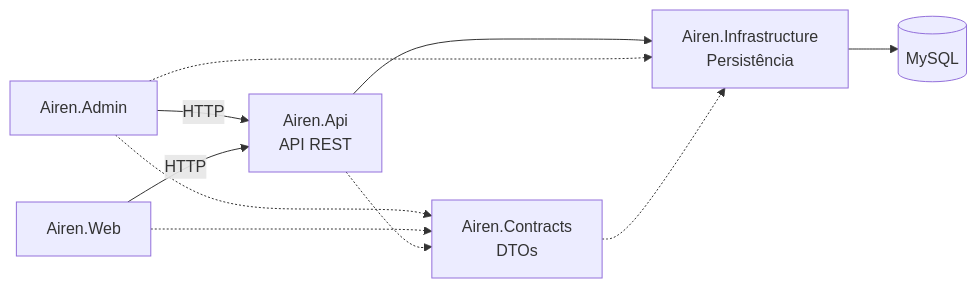
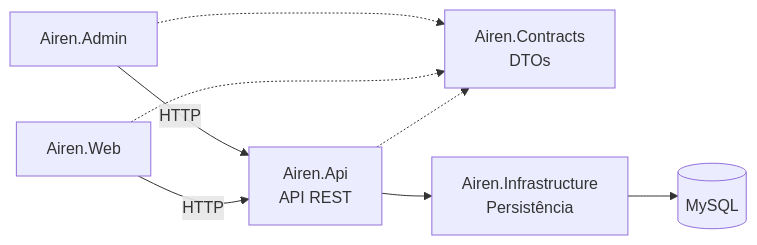
Before and after one commit to diegotassodev/airen-core: the diagram in README.md, drawn with Mermaid. The commit also changed other lines of this file and 1 other file, not shown here.

````diff
--- a/README.md
+++ b/README.md
@@ -9,19 +9,16 @@
 ```mermaid
 flowchart LR
     Admin[Airen.Admin]
     Web[Airen.Web]
     Contracts[Airen.Contracts<br/>DTOs]
     API[Airen.Api<br/>API REST]
     Infra[Airen.Infrastructure<br/>Persistência]
     DB[(MySQL)]
 
     Admin -->|HTTP| API
     Web -->|HTTP| API
     Admin -.-> Contracts
     Web -.-> Contracts
     API -.-> Contracts
     API --> Infra --> DB
-
-    Admin -.->| | Infra
-    Contracts -.->| | Infra
 ```
````
